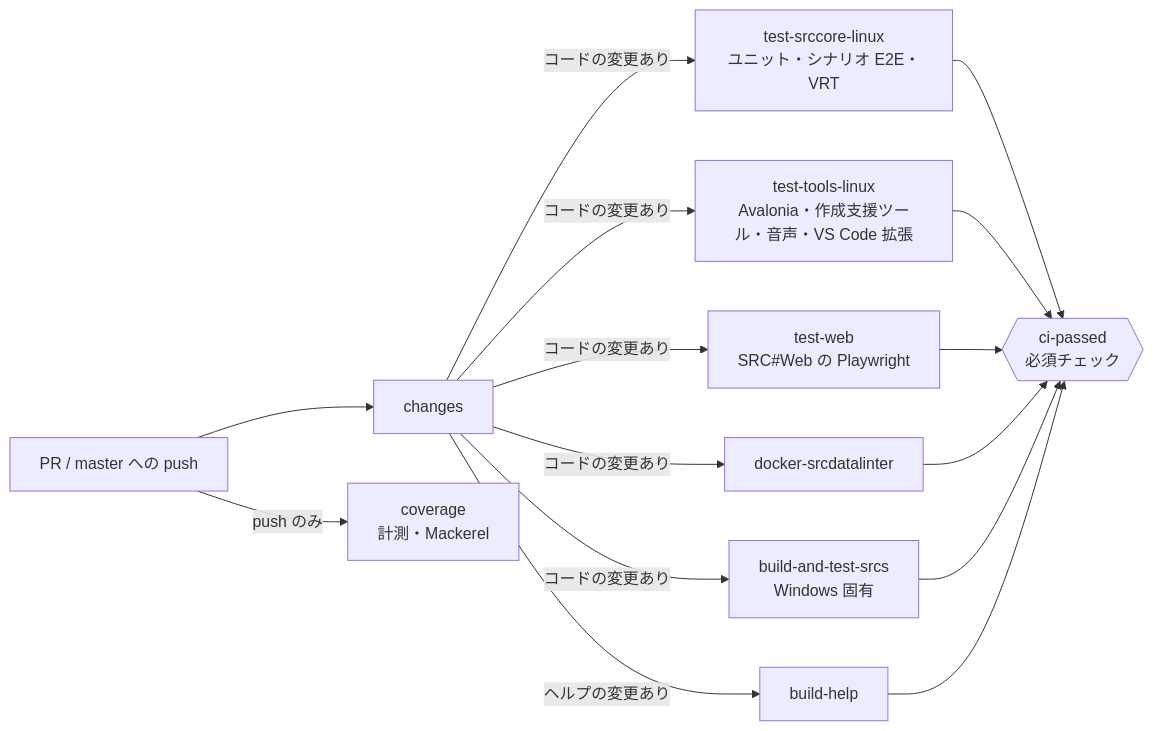
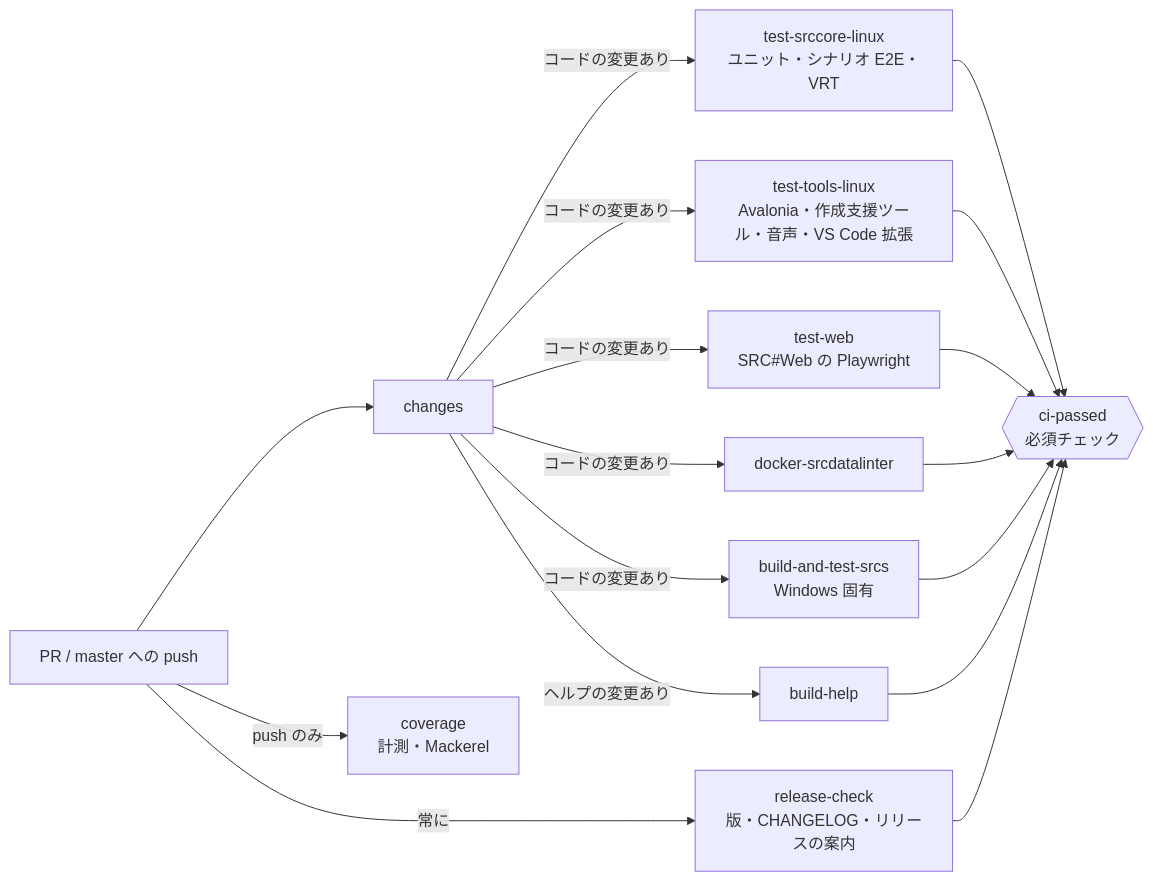
Before and after one commit to 7474/SRC: the diagram in docs/testing.md, drawn with Mermaid. The commit also changed other lines of this file and 2 other files, not shown here.

Commit message:
運用の全体像（docs/operations.md）を書き、CI の図に release-check を足す
- ワークフローのきっかけと出る先・公開しているサイトとパッケージ・7474/SRC-Site とのつながり・
  Secrets・人がやることを 1 つの文書にまとめる。図は Mermaid
- docs/testing.md の CI の図とテストの層の表に release-check を足す
- docs/README.md の一覧に運用の全体像を足す

Claude-Session: https://claude.ai/code/session_016o9WHb49gXyEf1VXfAsobN

````diff
--- a/docs/testing.md
+++ b/docs/testing.md
@@ -29,12 +30,13 @@
 ```mermaid
 flowchart LR
   PR[PR / master への push] --> changes
   changes -->|コードの変更あり| core[test-srccore-linux<br/>ユニット・シナリオ E2E・VRT]
   changes -->|コードの変更あり| tools[test-tools-linux<br/>Avalonia・作成支援ツール・音声・VS Code 拡張]
   changes -->|コードの変更あり| web[test-web<br/>SRC#Web の Playwright]
   changes -->|コードの変更あり| docker[docker-srcdatalinter]
   changes -->|コードの変更あり| win[build-and-test-srcs<br/>Windows 固有]
   changes -->|ヘルプの変更あり| help[build-help]
-  core & tools & web & docker & win & help --> gate{{ci-passed<br/>必須チェック}}
+  PR -->|常に| release[release-check<br/>版・CHANGELOG・リリースの案内]
+  core & tools & web & docker & win & help & release --> gate{{ci-passed<br/>必須チェック}}
   PR -->|push のみ| coverage[coverage<br/>計測・Mackerel]
 ```
````
